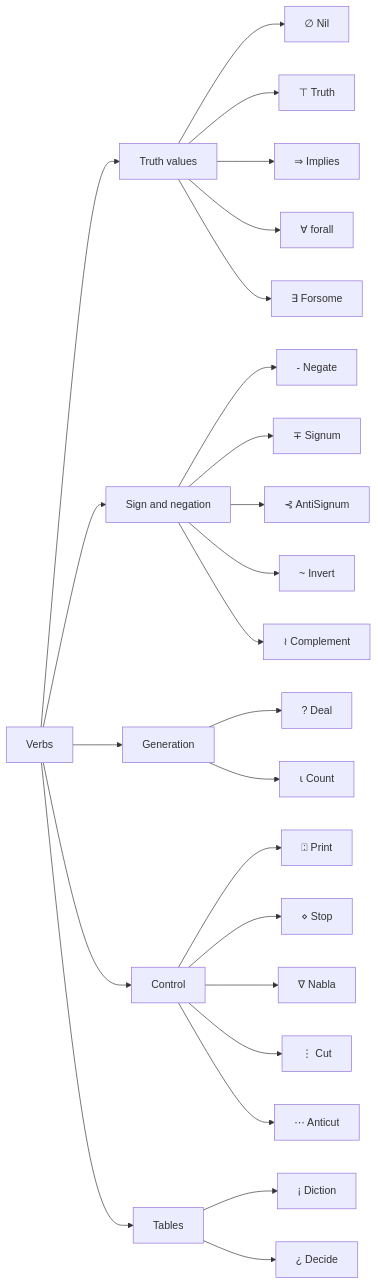
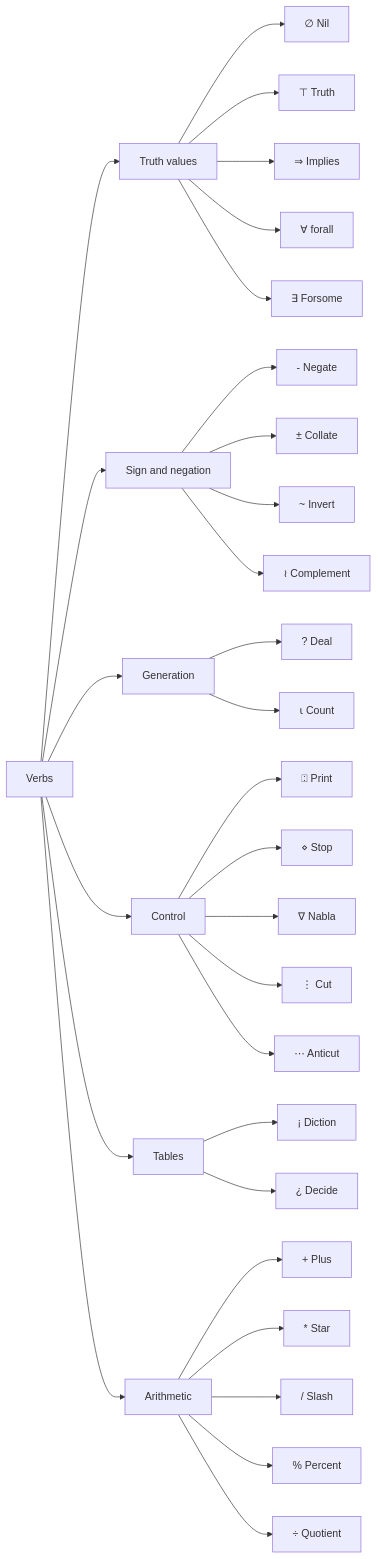
Before and after one commit to IronAutie/Wuxia-The-Manual: the diagram in manual-verb-index.md, drawn with Mermaid. The commit also changed 23 other files, not shown here.

Commit message:
Verb chapter: Collate replaces AntiSignum, arithmetic pages 17-21, Back Rank rule (2026-10-12)

````diff
--- a/manual-verb-index.md
+++ b/manual-verb-index.md
@@ -3,46 +3,55 @@
 ```mermaid
 graph LR
     V["Verbs"] --> T["Truth values"]
     V --> S["Sign and negation"]
     V --> G["Generation"]
     V --> C["Control"]
     V --> TB["Tables"]
+    V --> AR["Arithmetic"]
     T --> Nil["∅ Nil"]
     T --> Truth["⊤ Truth"]
     T --> Implies["⇒ Implies"]
     T --> forall["∀ forall"]
     T --> Forsome["∃ Forsome"]
     S --> Negate["- Negate"]
-    S --> Signum["∓ Signum"]
-    S --> AntiSignum["⊰ AntiSignum"]
+    S --> Collate["± Collate"]
     S --> Invert["~ Invert"]
     S --> Complement["≀ Complement"]
     G --> Deal["? Deal"]
     G --> Count["⍳ Count"]
     C --> Print["⍠ Print"]
     C --> Stop["⋄ Stop"]
     C --> Nabla["∇ Nabla"]
     C --> Cut["⋮ Cut"]
     C --> Anticut["⋯ Anticut"]
     TB --> Diction["¡ Diction"]
     TB --> Decide["¿ Decide"]
+    AR --> Plus["+ Plus"]
+    AR --> Star["* Star"]
+    AR --> Slash["/ Slash"]
+    AR --> Percent["% Percent"]
+    AR --> Quotient["÷ Quotient"]
     click Nil "https://github.com/IronAutie/Wuxia-The-Manual/blob/main/manual-page-0-nil.md"
     click Truth "https://github.com/IronAutie/Wuxia-The-Manual/blob/main/manual-page-back-truth.md"
     click Implies "https://github.com/IronAutie/Wuxia-The-Manual/blob/main/manual-page-4-implies.md"
-    click forall "https://github.com/IronAutie/Wuxia-The-Manual/blob/main/manual-page-16-forall.md"
-    click Forsome "https://github.com/IronAutie/Wuxia-The-Manual/blob/main/manual-page-17-forsome.md"
+    click forall "https://github.com/IronAutie/Wuxia-The-Manual/blob/main/manual-page-15-forall.md"
+    click Forsome "https://github.com/IronAutie/Wuxia-The-Manual/blob/main/manual-page-16-forsome.md"
     click Negate "https://github.com/IronAutie/Wuxia-The-Manual/blob/main/manual-page-1-negate.md"
-    click Signum "https://github.com/IronAutie/Wuxia-The-Manual/blob/main/manual-page-5-signum.md"
-    click AntiSignum "https://github.com/IronAutie/Wuxia-The-Manual/blob/main/manual-page-6-antisignum.md"
+    click Collate "https://github.com/IronAutie/Wuxia-The-Manual/blob/main/manual-page-5-collate.md"
     click Invert "https://github.com/IronAutie/Wuxia-The-Manual/blob/main/manual-page-3-invert.md"
-    click Complement "https://github.com/IronAutie/Wuxia-The-Manual/blob/main/manual-page-13-complement.md"
+    click Complement "https://github.com/IronAutie/Wuxia-The-Manual/blob/main/manual-page-12-complement.md"
     click Deal "https://github.com/IronAutie/Wuxia-The-Manual/blob/main/manual-page-2-deal.md"
-    click Count "https://github.com/IronAutie/Wuxia-The-Manual/blob/main/manual-page-9-count.md"
-    click Print "https://github.com/IronAutie/Wuxia-The-Manual/blob/main/manual-page-7-print.md"
-    click Stop "https://github.com/IronAutie/Wuxia-The-Manual/blob/main/manual-page-8-diamond.md"
-    click Nabla "https://github.com/IronAutie/Wuxia-The-Manual/blob/main/manual-page-10-nabla.md"
-    click Cut "https://github.com/IronAutie/Wuxia-The-Manual/blob/main/manual-page-11-cut.md"
-    click Anticut "https://github.com/IronAutie/Wuxia-The-Manual/blob/main/manual-page-12-anticut.md"
-    click Diction "https://github.com/IronAutie/Wuxia-The-Manual/blob/main/manual-page-14-diction.md"
-    click Decide "https://github.com/IronAutie/Wuxia-The-Manual/blob/main/manual-page-15-decide.md"
+    click Count "https://github.com/IronAutie/Wuxia-The-Manual/blob/main/manual-page-8-count.md"
+    click Print "https://github.com/IronAutie/Wuxia-The-Manual/blob/main/manual-page-6-print.md"
+    click Stop "https://github.com/IronAutie/Wuxia-The-Manual/blob/main/manual-page-7-diamond.md"
+    click Nabla "https://github.com/IronAutie/Wuxia-The-Manual/blob/main/manual-page-9-nabla.md"
+    click Cut "https://github.com/IronAutie/Wuxia-The-Manual/blob/main/manual-page-10-cut.md"
+    click Anticut "https://github.com/IronAutie/Wuxia-The-Manual/blob/main/manual-page-11-anticut.md"
+    click Diction "https://github.com/IronAutie/Wuxia-The-Manual/blob/main/manual-page-13-diction.md"
+    click Decide "https://github.com/IronAutie/Wuxia-The-Manual/blob/main/manual-page-14-decide.md"
+    click Plus "https://github.com/IronAutie/Wuxia-The-Manual/blob/main/manual-page-17-plus.md"
+    click Star "https://github.com/IronAutie/Wuxia-The-Manual/blob/main/manual-page-18-star.md"
+    click Slash "https://github.com/IronAutie/Wuxia-The-Manual/blob/main/manual-page-19-slash.md"
+    click Percent "https://github.com/IronAutie/Wuxia-The-Manual/blob/main/manual-page-20-percent.md"
+    click Quotient "https://github.com/IronAutie/Wuxia-The-Manual/blob/main/manual-page-21-quotient.md"
 ```
````
